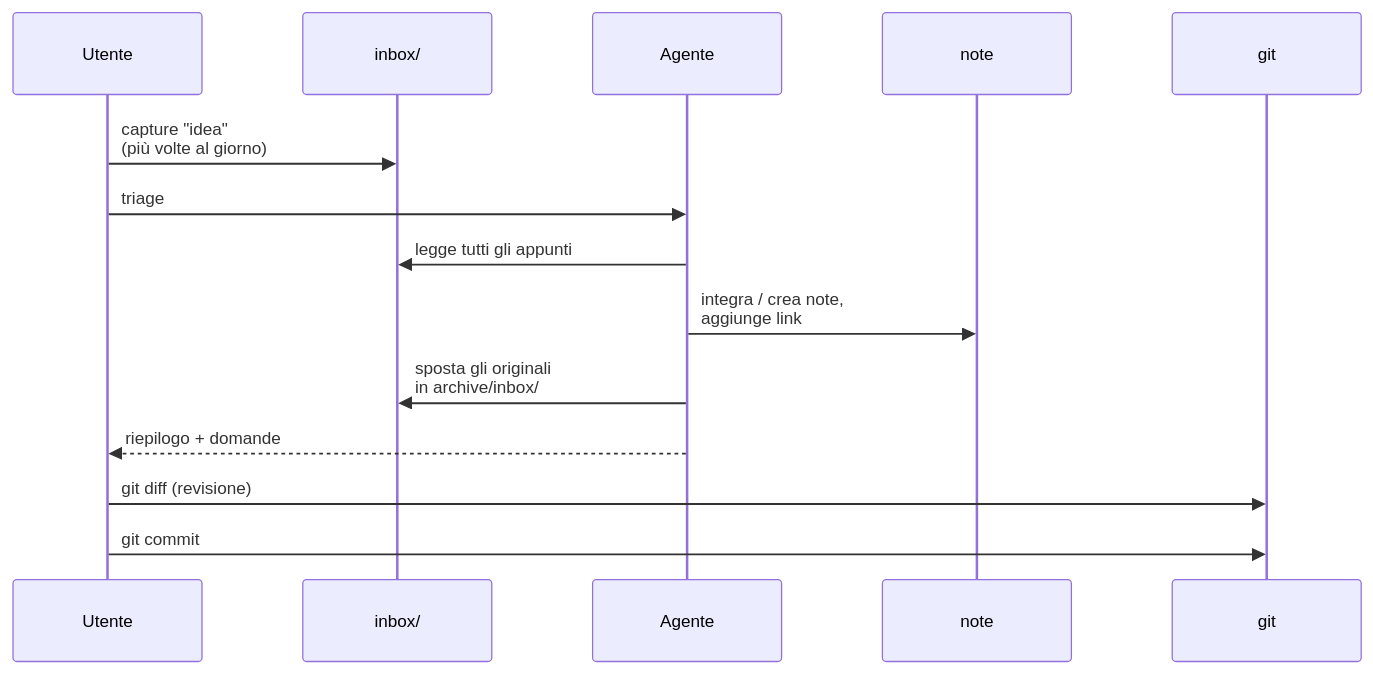
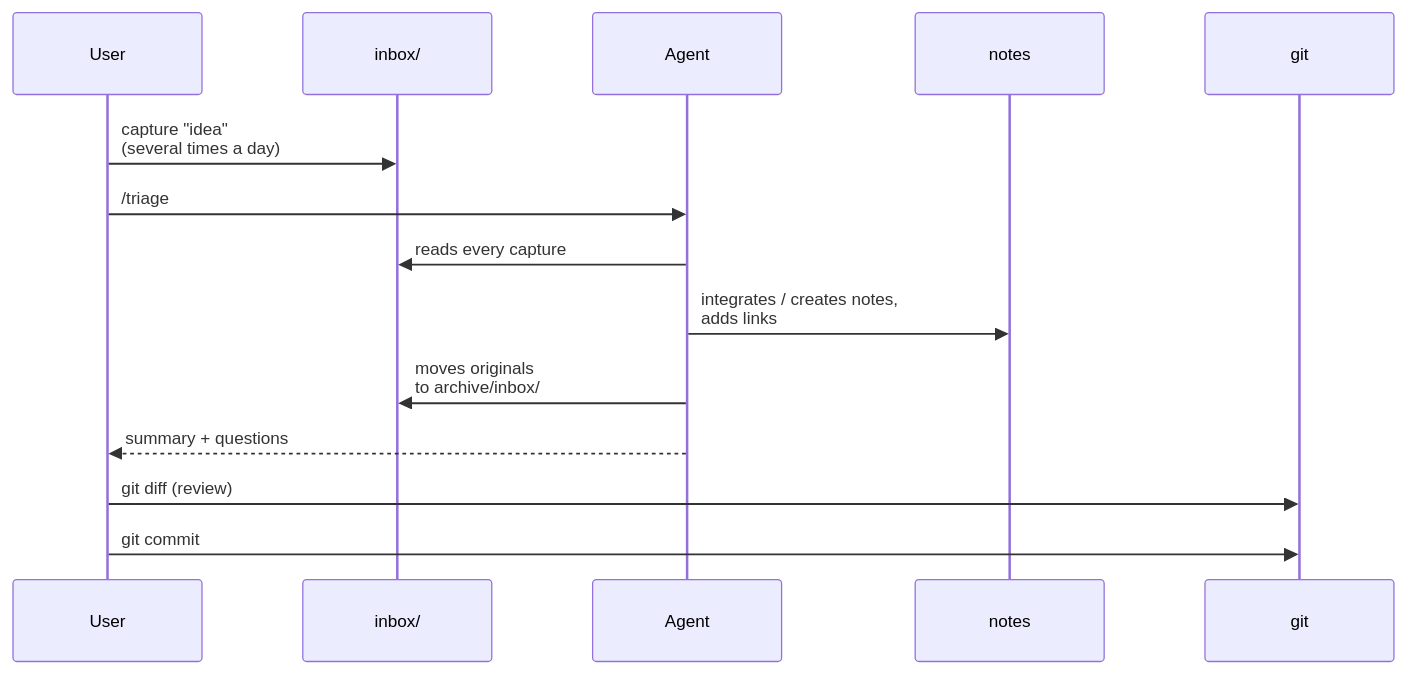
One commit to matteogiorgi/second-brain changed the third of 3 diagrams in README.md. Above: the diagram before and after it, drawn with Mermaid. The commit also changed other lines of this file and 18 other files, not shown here.

````diff
--- a/README.md
+++ b/README.md
@@ -797,24 +404,24 @@
 ```mermaid
 ---
 config:
   fontSize: 13.6
   sequence:
     width: 150
     actorMargin: 80
     messageAlign: left
 ---
 sequenceDiagram
-    participant U as Utente
+    participant U as User
     participant I as inbox/
-    participant A as Agente
-    participant N as note
+    participant A as Agent
+    participant N as notes
     participant G as git
-    U->>I: capture "idea"<br/>(più volte al giorno)
-    U->>A: triage
-    A->>I: legge tutti gli appunti
-    A->>N: integra / crea note,<br/>aggiunge link
-    A->>I: sposta gli originali<br/>in archive/inbox/
-    A-->>U: riepilogo + domande
-    U->>G: git diff (revisione)
+    U->>I: capture "idea"<br/>(several times a day)
+    U->>A: /triage
+    A->>I: reads every capture
+    A->>N: integrates / creates notes,<br/>adds links
+    A->>I: moves originals<br/>to archive/inbox/
+    A-->>U: summary + questions
+    U->>G: git diff (review)
     U->>G: git commit
 ```
````
